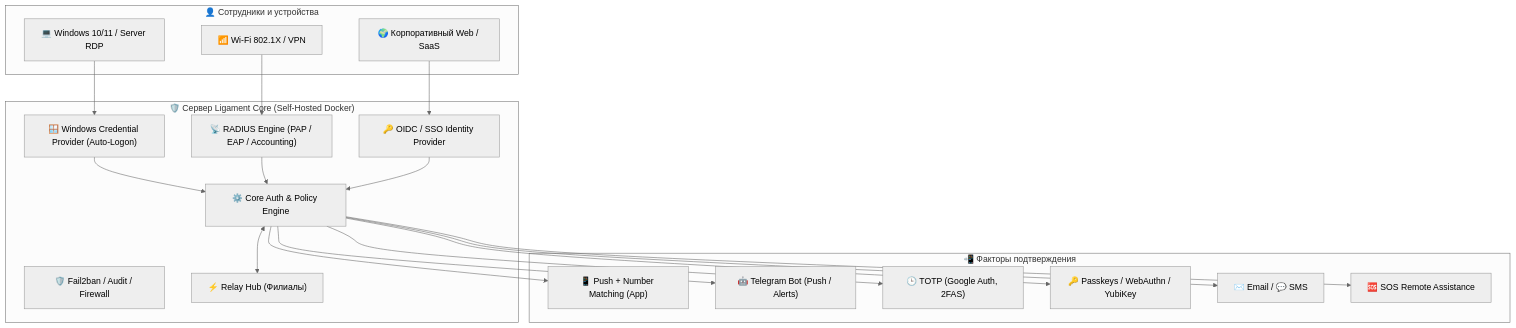
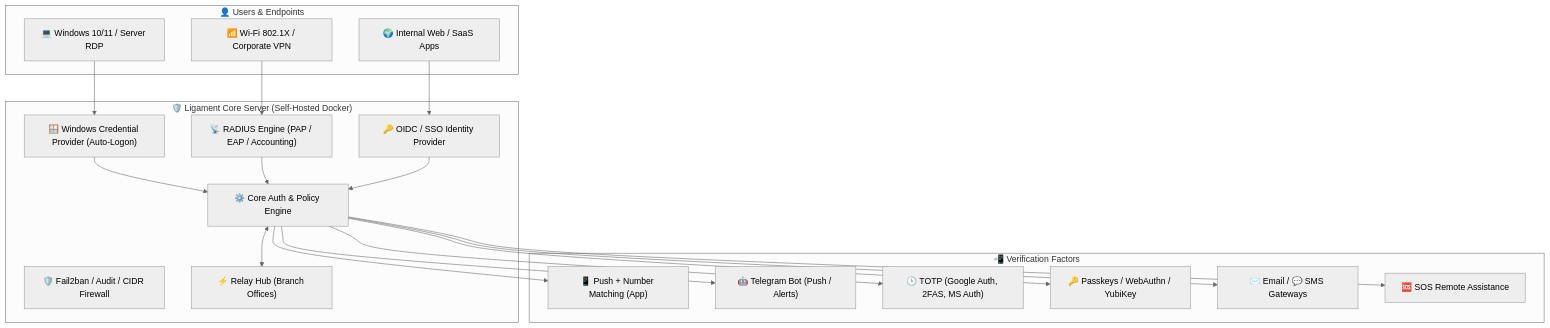
The diagram in README.md (aligorov/ligament), drawn with Mermaid (neutral theme) before and after one commit. The commit also changed other lines of this file and 1 other file, not shown here.

````diff
--- a/README.md
+++ b/README.md
@@ -43,37 +46,37 @@
 ```mermaid
 flowchart TD
-    subgraph Users["👤 Сотрудники и устройства"]
+    subgraph Users["👤 Users & Endpoints"]
         U1["💻 Windows 10/11 / Server RDP"]
-        U2["📶 Wi-Fi 802.1X / VPN"]
-        U3["🌍 Корпоративный Web / SaaS"]
+        U2["📶 Wi-Fi 802.1X / Corporate VPN"]
+        U3["🌍 Internal Web / SaaS Apps"]
     end
 
-    subgraph LigamentCore["🛡️ Сервер Ligament Core (Self-Hosted Docker)"]
+    subgraph LigamentCore["🛡️ Ligament Core Server (Self-Hosted Docker)"]
         CP["🪟 Windows Credential Provider (Auto-Logon)"]
         RAD["📡 RADIUS Engine (PAP / EAP / Accounting)"]
         OIDC["🔑 OIDC / SSO Identity Provider"]
         AUTH["⚙️ Core Auth & Policy Engine"]
-        FSM["🛡️ Fail2ban / Audit / Firewall"]
-        REL["⚡ Relay Hub (Филиалы)"]
+        FSM["🛡️ Fail2ban / Audit / CIDR Firewall"]
+        REL["⚡ Relay Hub (Branch Offices)"]
     end
 
-    subgraph Factors["📲 Факторы подтверждения"]
+    subgraph Factors["📲 Verification Factors"]
         F1["📱 Push + Number Matching (App)"]
         F2["🤖 Telegram Bot (Push / Alerts)"]
-        F3["🕒 TOTP (Google Auth, 2FAS)"]
+        F3["🕒 TOTP (Google Auth, 2FAS, MS Auth)"]
         F4["🔑 Passkeys / WebAuthn / YubiKey"]
-        F5["✉️ Email / 💬 SMS"]
+        F5["✉️ Email / 💬 SMS Gateways"]
         F6["🆘 SOS Remote Assistance"]
     end
 
     U1 --> CP --> AUTH
     U2 --> RAD --> AUTH
     U3 --> OIDC --> AUTH
     AUTH --> F1
     AUTH --> F2
     AUTH --> F3
     AUTH --> F4
     AUTH --> F5
     AUTH --> F6
     AUTH <--> REL
 ```
````
